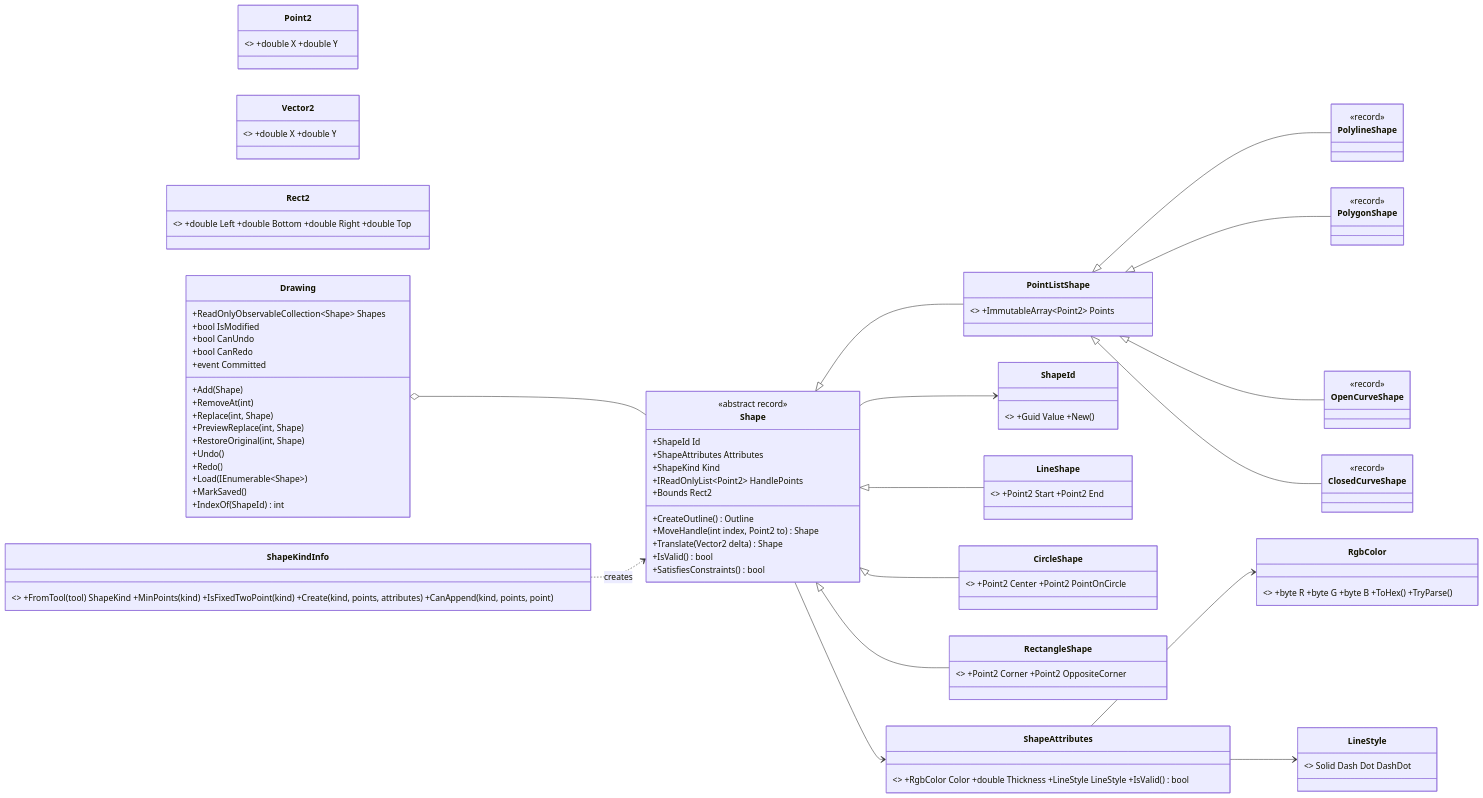
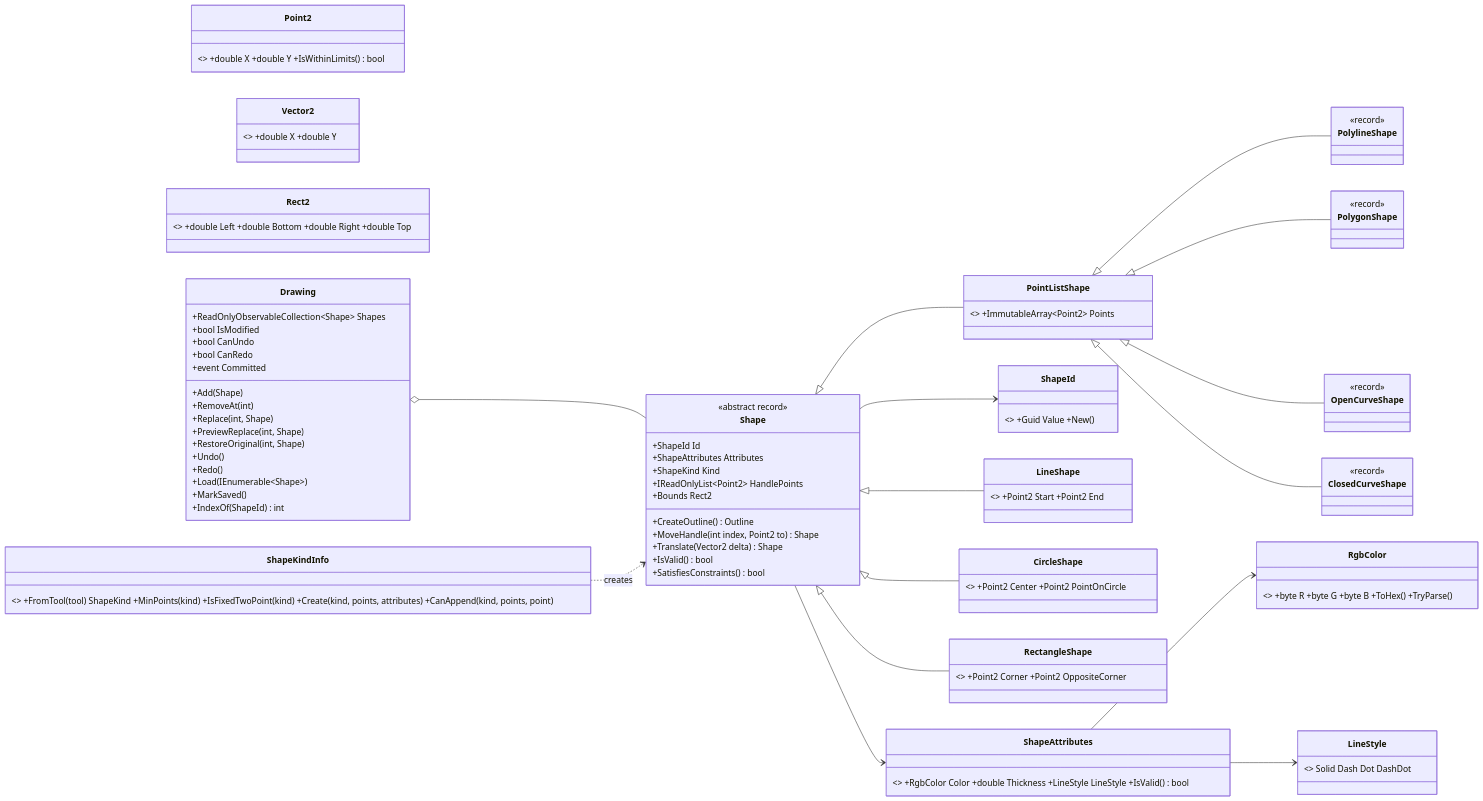
The second of 11 diagrams in Documents/20261105-cad-architecture.md (Fujiwo/Shos.WpfCadSample), drawn with Mermaid before and after one commit. The commit also changed other lines of this file and 6 other files, not shown here.

````diff
--- a/Documents/20261105-cad-architecture.md
+++ b/Documents/20261105-cad-architecture.md
@@ -135,64 +140,64 @@
 ```mermaid
 classDiagram
     direction LR
-    class Point2 { <<readonly record struct>> +double X +double Y }
+    class Point2 { <<readonly record struct>> +double X +double Y +IsWithinLimits() bool }
     class Vector2 { <<readonly record struct>> +double X +double Y }
     class Rect2 { <<readonly record struct>> +double Left +double Bottom +double Right +double Top }
     class RgbColor { <<readonly record struct>> +byte R +byte G +byte B +ToHex() +TryParse() }
     class LineStyle { <<enum>> Solid Dash Dot DashDot }
     class ShapeAttributes { <<record>> +RgbColor Color +double Thickness +LineStyle LineStyle +IsValid() bool }
     class ShapeId { <<readonly record struct>> +Guid Value +New() }
     class Shape {
         <<abstract record>>
         +ShapeId Id
         +ShapeAttributes Attributes
         +ShapeKind Kind
         +IReadOnlyList~Point2~ HandlePoints
         +CreateOutline() Outline
         +MoveHandle(int index, Point2 to) Shape
         +Translate(Vector2 delta) Shape
         +IsValid() bool
         +SatisfiesConstraints() bool
         +Bounds Rect2
     }
     class LineShape { <<record>> +Point2 Start +Point2 End }
     class CircleShape { <<record>> +Point2 Center +Point2 PointOnCircle }
     class RectangleShape { <<record>> +Point2 Corner +Point2 OppositeCorner }
     class PointListShape { <<abstract record>> +ImmutableArray~Point2~ Points }
     class PolylineShape { <<record>> }
     class PolygonShape { <<record>> }
     class OpenCurveShape { <<record>> }
     class ClosedCurveShape { <<record>> }
     class Drawing {
         +ReadOnlyObservableCollection~Shape~ Shapes
         +bool IsModified
         +bool CanUndo
         +bool CanRedo
         +event Committed
         +Add(Shape)
         +RemoveAt(int)
         +Replace(int, Shape)
         +PreviewReplace(int, Shape)
         +RestoreOriginal(int, Shape)
         +Undo()
         +Redo()
         +Load(IEnumerable~Shape~)
         +MarkSaved()
         +IndexOf(ShapeId) int
     }
     class ShapeKindInfo { <<static>> +FromTool(tool) ShapeKind +MinPoints(kind) +IsFixedTwoPoint(kind) +Create(kind, points, attributes) +CanAppend(kind, points, point) }
     Shape <|-- LineShape
     Shape <|-- CircleShape
     Shape <|-- RectangleShape
     Shape <|-- PointListShape
     PointListShape <|-- PolylineShape
     PointListShape <|-- PolygonShape
     PointListShape <|-- OpenCurveShape
     PointListShape <|-- ClosedCurveShape
     Shape --> ShapeAttributes
     Shape --> ShapeId
     ShapeAttributes --> RgbColor
     ShapeAttributes --> LineStyle
     Drawing o-- Shape
     ShapeKindInfo ..> Shape : creates
 ```
````
